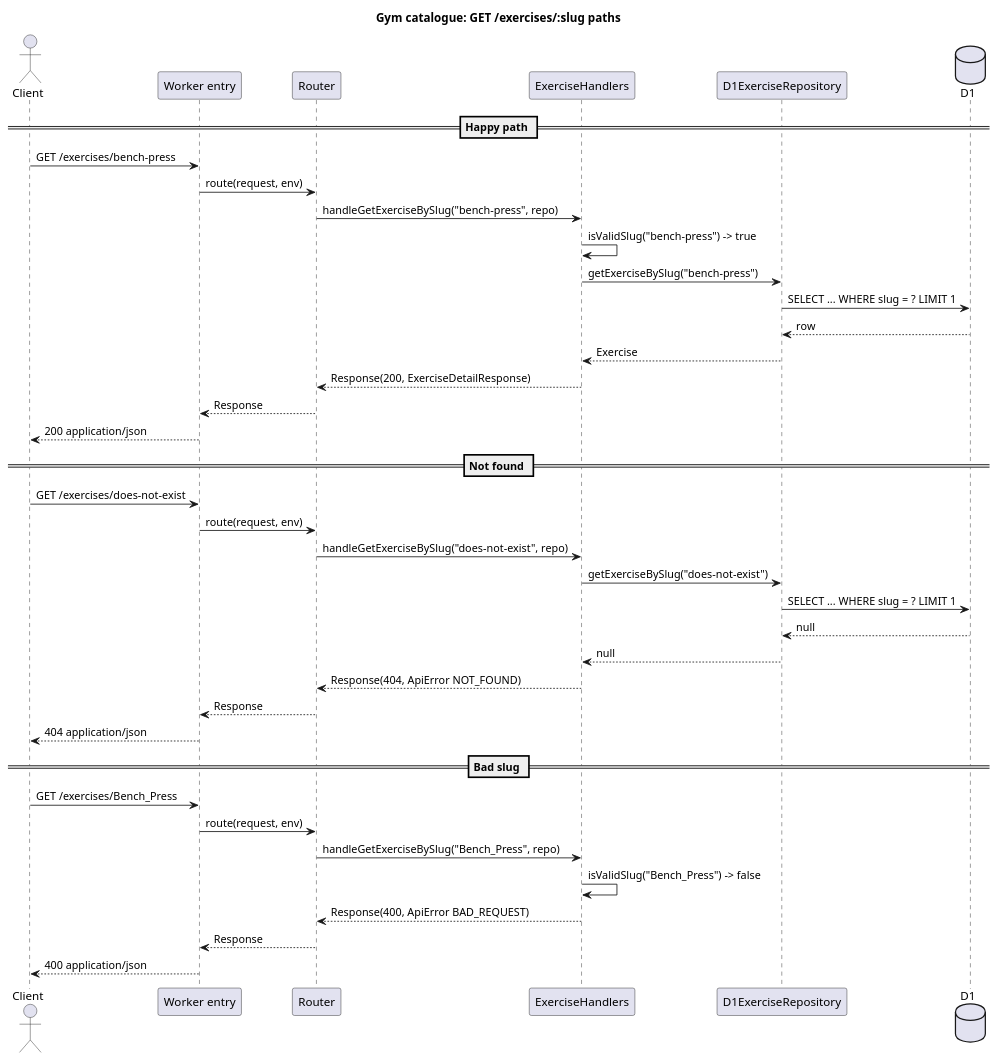
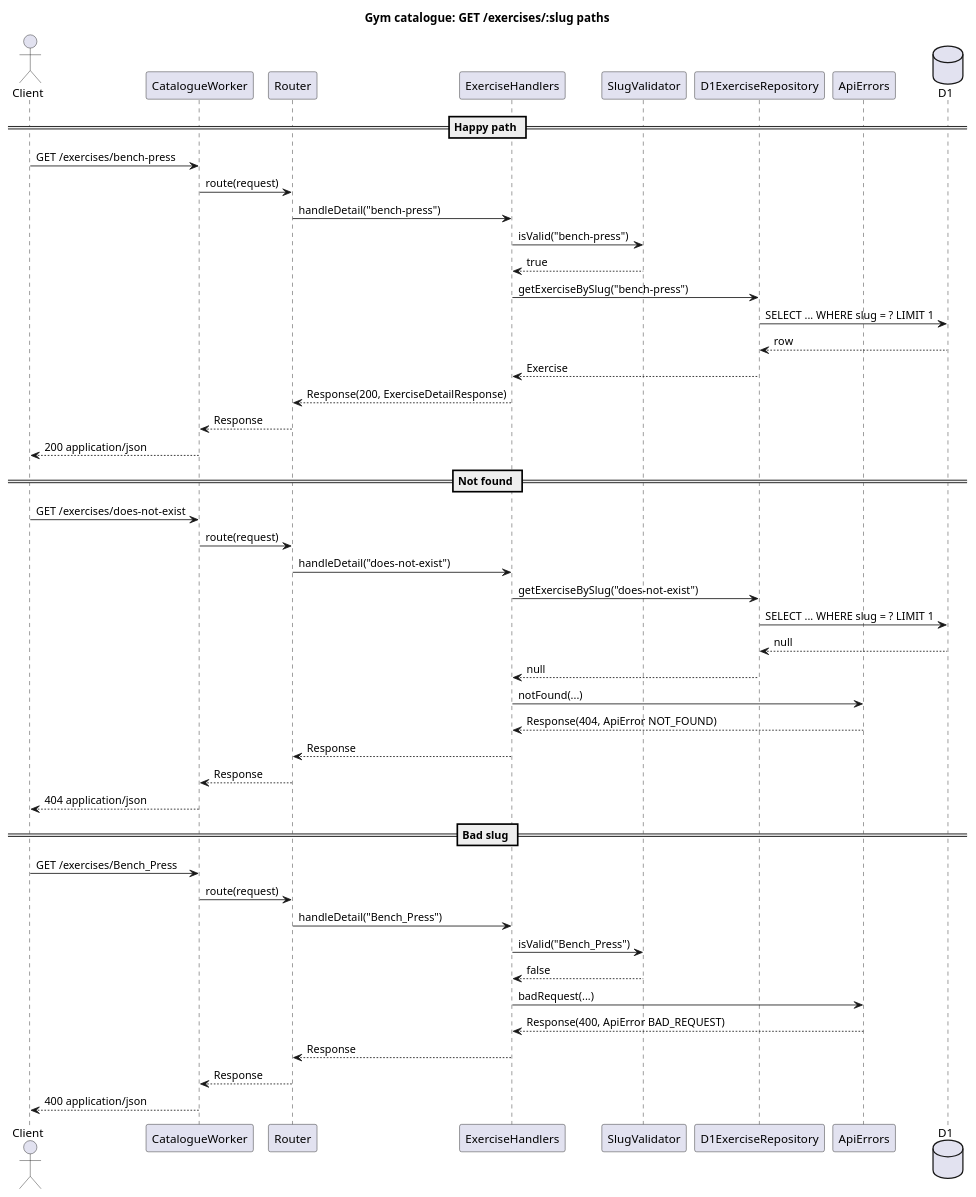
The diagram in docs/uml/catalogue/sequence-get-exercise.puml (bobosiband/Gym), drawn with PlantUML before and after one commit. The commit also changed 27 other files, not shown here.

```diff
--- a/docs/uml/catalogue/sequence-get-exercise.puml
+++ b/docs/uml/catalogue/sequence-get-exercise.puml
@@ -1,45 +1,53 @@
 @startuml catalogue-get-exercise
 title Gym catalogue: GET /exercises/:slug paths
 
 actor Client
-participant "Worker entry" as Entry
+participant "CatalogueWorker" as Worker
 participant "Router" as Router
 participant "ExerciseHandlers" as Handlers
+participant "SlugValidator" as Slug
 participant "D1ExerciseRepository" as Repo
+participant "ApiErrors" as Errors
 database "D1" as DB
 
 == Happy path ==
-Client -> Entry : GET /exercises/bench-press
-Entry -> Router : route(request, env)
-Router -> Handlers : handleGetExerciseBySlug("bench-press", repo)
-Handlers -> Handlers : isValidSlug("bench-press") -> true
+Client -> Worker : GET /exercises/bench-press
+Worker -> Router : route(request)
+Router -> Handlers : handleDetail("bench-press")
+Handlers -> Slug : isValid("bench-press")
+Slug --> Handlers : true
 Handlers -> Repo : getExerciseBySlug("bench-press")
 Repo -> DB : SELECT ... WHERE slug = ? LIMIT 1
 DB --> Repo : row
 Repo --> Handlers : Exercise
 Handlers --> Router : Response(200, ExerciseDetailResponse)
-Router --> Entry : Response
-Entry --> Client : 200 application/json
+Router --> Worker : Response
+Worker --> Client : 200 application/json
 
 == Not found ==
-Client -> Entry : GET /exercises/does-not-exist
-Entry -> Router : route(request, env)
-Router -> Handlers : handleGetExerciseBySlug("does-not-exist", repo)
+Client -> Worker : GET /exercises/does-not-exist
+Worker -> Router : route(request)
+Router -> Handlers : handleDetail("does-not-exist")
 Handlers -> Repo : getExerciseBySlug("does-not-exist")
 Repo -> DB : SELECT ... WHERE slug = ? LIMIT 1
 DB --> Repo : null
 Repo --> Handlers : null
-Handlers --> Router : Response(404, ApiError NOT_FOUND)
-Router --> Entry : Response
-Entry --> Client : 404 application/json
+Handlers -> Errors : notFound(...)
+Errors --> Handlers : Response(404, ApiError NOT_FOUND)
+Handlers --> Router : Response
+Router --> Worker : Response
+Worker --> Client : 404 application/json
 
 == Bad slug ==
-Client -> Entry : GET /exercises/Bench_Press
-Entry -> Router : route(request, env)
-Router -> Handlers : handleGetExerciseBySlug("Bench_Press", repo)
-Handlers -> Handlers : isValidSlug("Bench_Press") -> false
-Handlers --> Router : Response(400, ApiError BAD_REQUEST)
-Router --> Entry : Response
-Entry --> Client : 400 application/json
+Client -> Worker : GET /exercises/Bench_Press
+Worker -> Router : route(request)
+Router -> Handlers : handleDetail("Bench_Press")
+Handlers -> Slug : isValid("Bench_Press")
+Slug --> Handlers : false
+Handlers -> Errors : badRequest(...)
+Errors --> Handlers : Response(400, ApiError BAD_REQUEST)
+Handlers --> Router : Response
+Router --> Worker : Response
+Worker --> Client : 400 application/json
 
 @enduml
```
